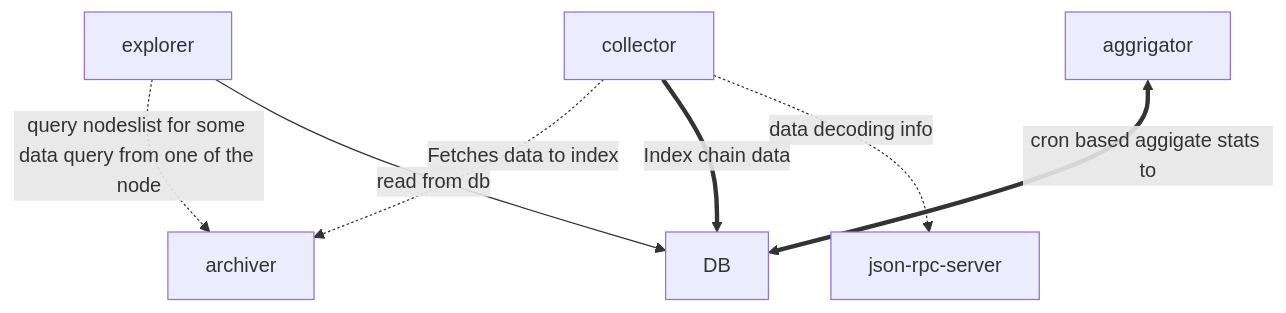
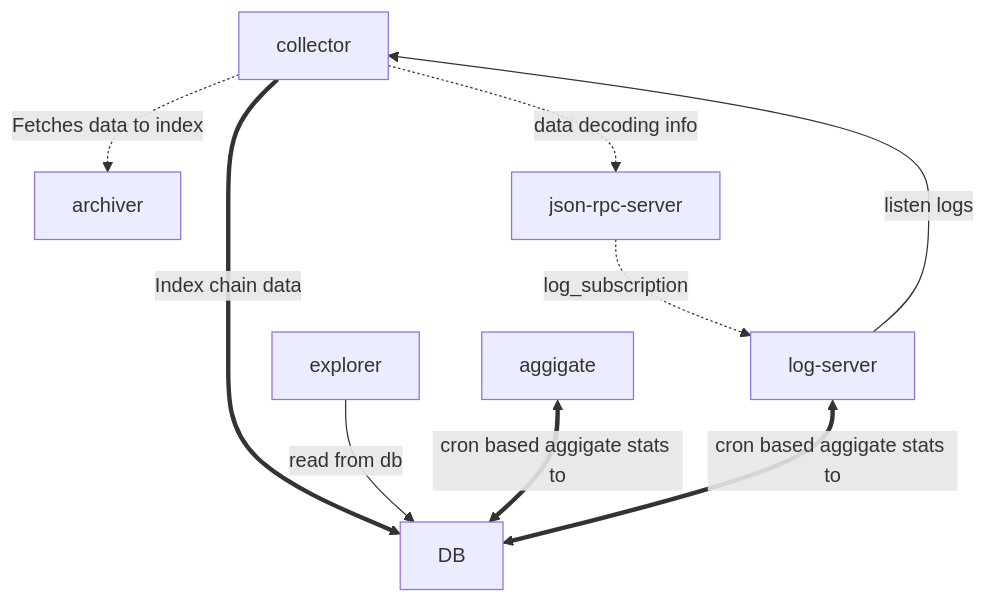
One commit to shardeum/explorer-server changed the diagram in README.md. Above: the diagram before and after it, drawn with Mermaid.

Commit message:
fix: add log server flow

````diff
--- a/README.md
+++ b/README.md
@@ -3,9 +3,10 @@
 ```mermaid
 graph TB
   collector -.->|Fetches data to index| archiver
   collector ==>|Index chain data| DB
   collector -.-> |data decoding info| json-rpc-server
-  explorer -.->|query nodeslist for some data query from one of the node| archiver
   explorer -->|read from db| DB
-  aggrigator <==> |cron based aggigate stats to| DB
+  aggigate <==> |cron based aggigate stats to| DB
+  log-server <==> |cron based aggigate stats to| DB
+  json-rpc-server -.-> |log_subscription| log-server --> |listen logs| collector
 ```
````
